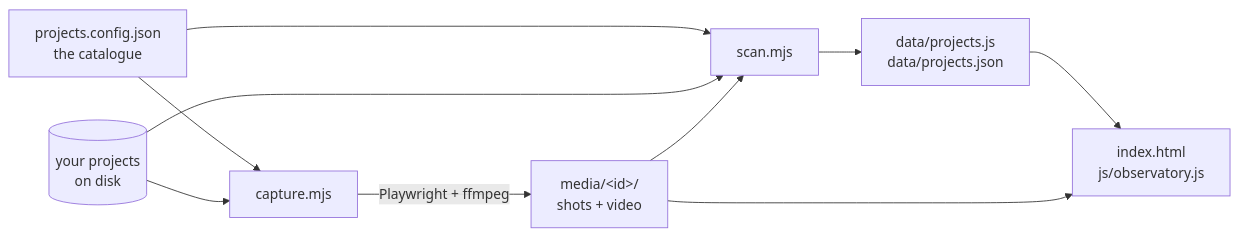
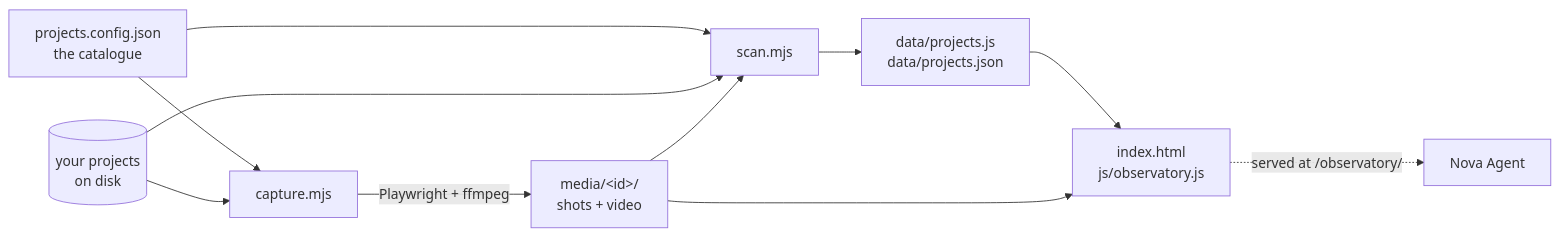
The diagram in README.md (tuniveza/nova-observatory), drawn with Mermaid before and after one commit. The commit also changed other lines of this file and 7 other files, not shown here.

First line of the commit message:
README: new screenshots, a tour GIF, the Sound switch and Nova Agent

````diff
--- a/README.md
+++ b/README.md
@@ -65,12 +96,13 @@
 ```mermaid
 flowchart LR
     CFG[projects.config.json<br/>the catalogue] --> SCAN[scan.mjs]
     CFG --> CAP[capture.mjs]
     DISK[(your projects<br/>on disk)] --> SCAN
     DISK --> CAP
     CAP -->|Playwright + ffmpeg| MEDIA[media/&lt;id&gt;/<br/>shots + video]
     MEDIA --> SCAN
     SCAN --> DATA[data/projects.js<br/>data/projects.json]
     DATA --> PAGE[index.html<br/>js/observatory.js]
     MEDIA --> PAGE
+    PAGE -.->|served at /observatory/| AGENT[Nova Agent]
 ```
````
